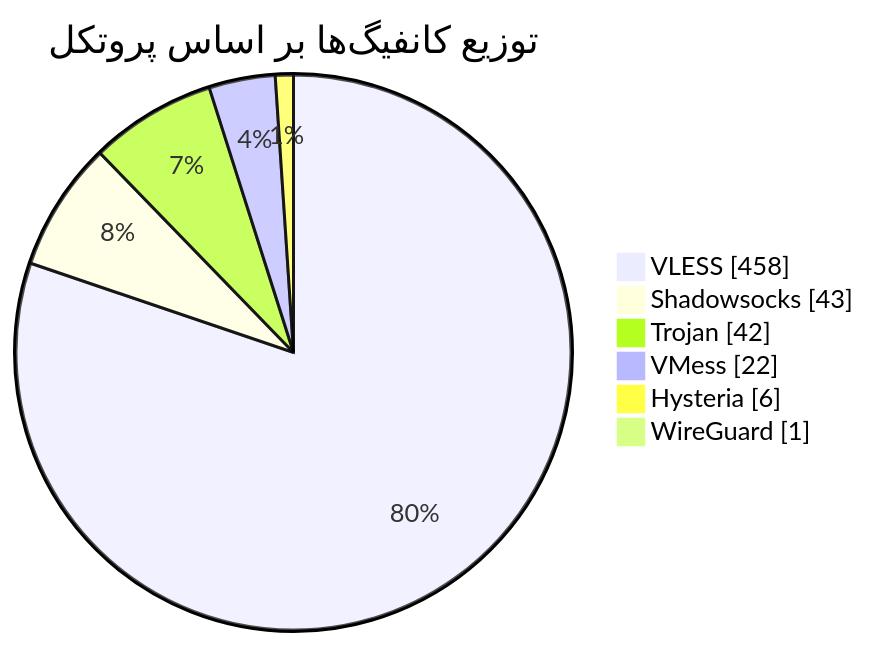
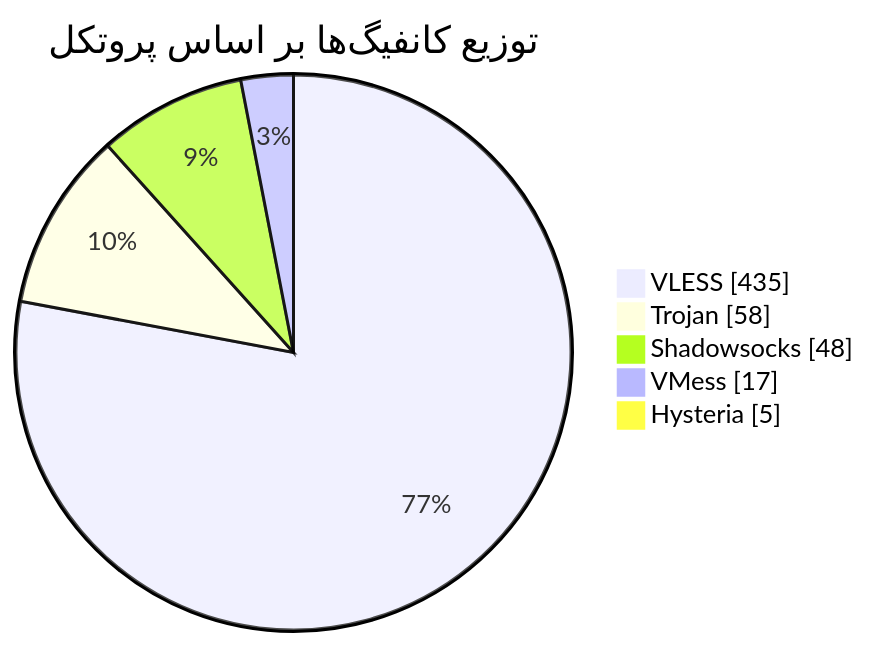
One commit to Arian-Alijani/Somthing changed the diagram in README.md. Above: the diagram before and after it, drawn with Mermaid. The commit also changed other lines of this file and 83 other files, not shown here.

````diff
--- a/README.md
+++ b/README.md
@@ -48,10 +47,9 @@
 ```mermaid
 pie showData
     title توزیع کانفیگ‌ها بر اساس پروتکل
-    "VLESS" : 458
-    "Shadowsocks" : 43
-    "Trojan" : 42
-    "VMess" : 22
-    "Hysteria" : 6
-    "WireGuard" : 1
+    "VLESS" : 435
+    "Trojan" : 58
+    "Shadowsocks" : 48
+    "VMess" : 17
+    "Hysteria" : 5
 ```
````
